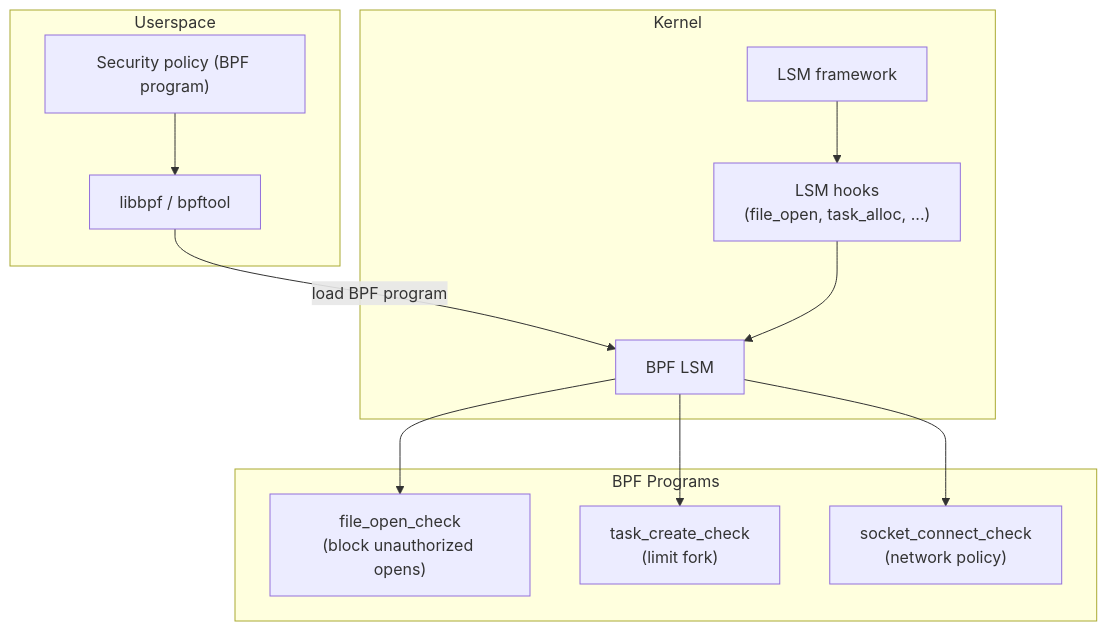
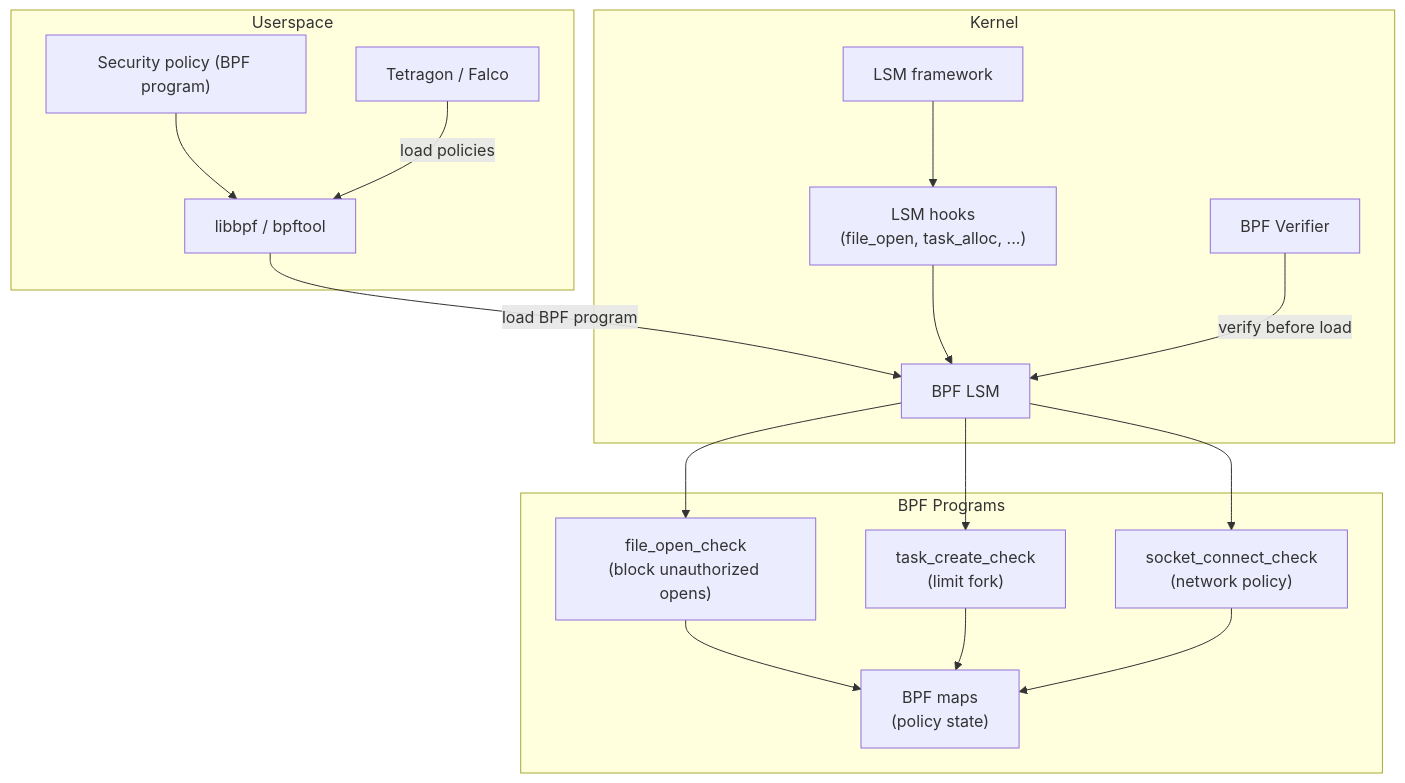
One commit to Abhinav-Kumar012/lb2 changed the first of 4 diagrams in src/kernel/security/bpf-lsm.md. Above: the diagram before and after it, drawn with Mermaid. The commit also changed other lines of this file and 2 other files, not shown here.

````diff
--- a/src/kernel/security/bpf-lsm.md
+++ b/src/kernel/security/bpf-lsm.md
@@ -17,27 +17,35 @@
 ```mermaid
 flowchart TD
     subgraph UserSpace["Userspace"]
         LIBBPF["libbpf / bpftool"]
         POLICY["Security policy (BPF program)"]
+        TETRAGON["Tetragon / Falco"]
     end
 
     subgraph Kernel["Kernel"]
         LSM_CORE["LSM framework"]
         BPF_LSM["BPF LSM"]
         HOOKS["LSM hooks<br/>(file_open, task_alloc, ...)"]
+        VERIFIER["BPF Verifier"]
     end
 
     subgraph BPF["BPF Programs"]
         PROG1["file_open_check<br/>(block unauthorized opens)"]
         PROG2["task_create_check<br/>(limit fork)"]
         PROG3["socket_connect_check<br/>(network policy)"]
+        MAPS["BPF maps<br/>(policy state)"]
     end
 
     LIBBPF -->|load BPF program| BPF_LSM
     POLICY --> LIBBPF
+    TETRAGON -->|load policies| LIBBPF
     LSM_CORE --> HOOKS
     HOOKS --> BPF_LSM
+    VERIFIER -->|verify before load| BPF_LSM
     BPF_LSM --> PROG1
     BPF_LSM --> PROG2
     BPF_LSM --> PROG3
+    PROG1 --> MAPS
+    PROG2 --> MAPS
+    PROG3 --> MAPS
 ```
````
